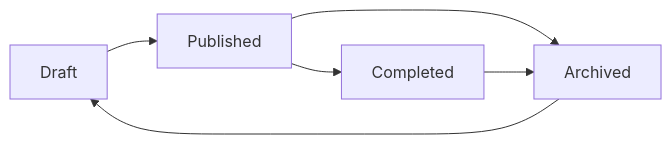
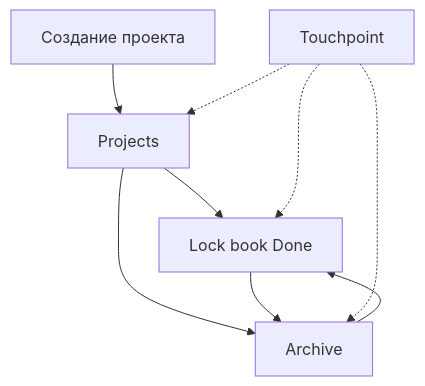
The second of 2 diagrams in Feed_life.md (Serhey2016/offerland), drawn with Mermaid before and after one commit. The commit also changed other lines of this file and 42 other files, not shown here.

````diff
--- a/Feed_life.md
+++ b/Feed_life.md
@@ -84,8 +198,12 @@
 ```mermaid
-graph LR
-    A[Draft] --> B[Published]
-    B --> C[Archived]
-    C --> A
-    B --> D[Completed]
+graph TD
+    A[Создание проекта] --> B[Projects]
+    B --> C[Lock book Done]
+    B --> D[Archive]
+    C --> D
     D --> C
+    
+    E[Touchpoint] -.-> B
+    E -.-> C
+    E -.-> D
 ```
````
